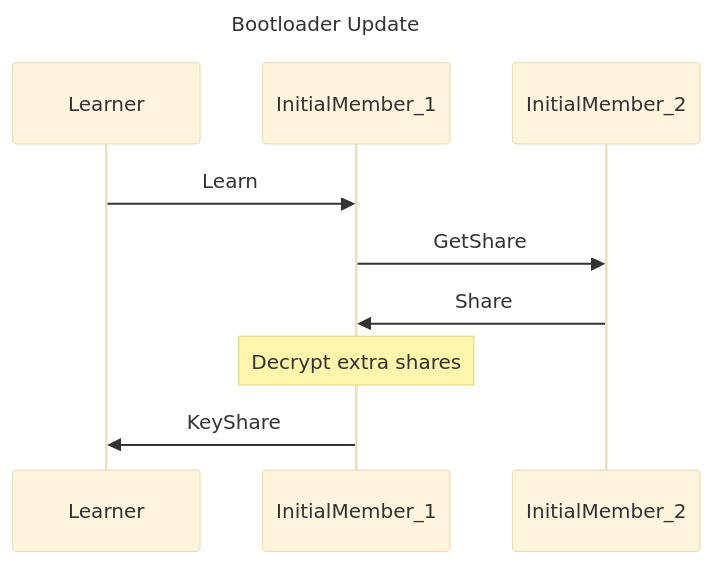
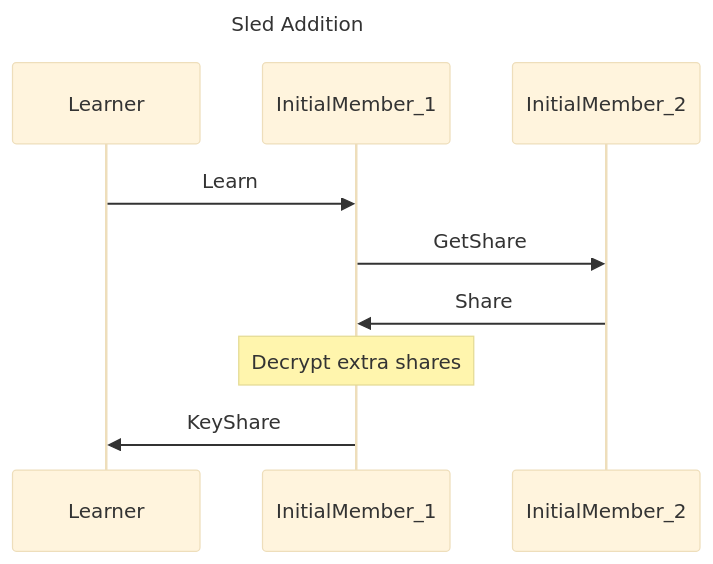
Before and after one commit to oxidecomputer/omicron: the diagram in bootstore/README.adoc, drawn with Mermaid (base theme). The commit also changed 2 other files, not shown here.

Commit message:
Use this error for MsgError

````diff
--- a/bootstore/README.adoc
+++ b/bootstore/README.adoc
@@ -204,14 +204,14 @@
 ```mermaid
 
 sequenceDiagram
-    title Bootloader Update
+    title Sled Addition
     participant L as Learner
     participant Im1 as InitialMember_1
     participant Im2 as InitialMember_2
     L->>Im1: Learn
     Im1->>Im2: GetShare
     Im2->>Im1: Share
     Note over Im1: Decrypt extra shares
     Im1->>L: KeyShare
 
 ```
````
